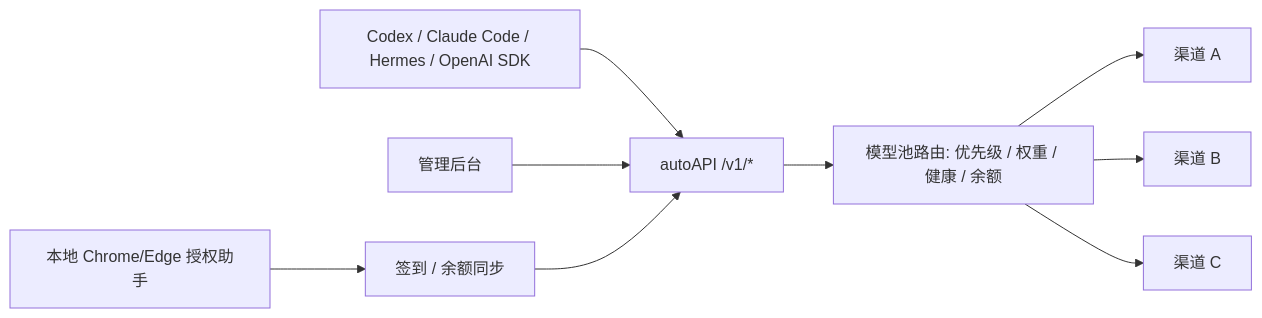
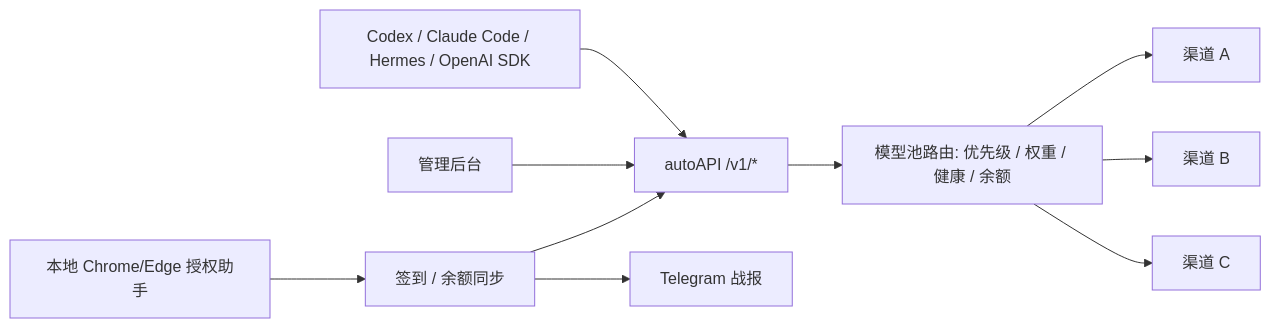
Before and after one commit to fu5502/autoAPI: the diagram in README.md, drawn with Mermaid. The commit also changed other lines of this file and 9 other files, not shown here.

````diff
--- a/README.md
+++ b/README.md
@@ -34,11 +93,12 @@
 ```mermaid
 flowchart LR
   Client["Codex / Claude Code / Hermes / OpenAI SDK"] --> Gateway["autoAPI /v1/*"]
   Gateway --> Router["模型池路由: 优先级 / 权重 / 健康 / 余额"]
   Router --> A["渠道 A"]
   Router --> B["渠道 B"]
   Router --> C["渠道 C"]
   Admin["管理后台"] --> Gateway
   Checkin["签到 / 余额同步"] --> Gateway
   Assistant["本地 Chrome/Edge 授权助手"] --> Checkin
+  Checkin --> TG["Telegram 战报"]
 ```
````
